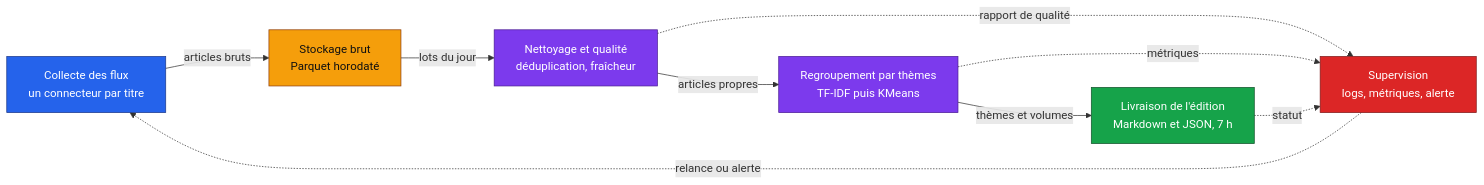
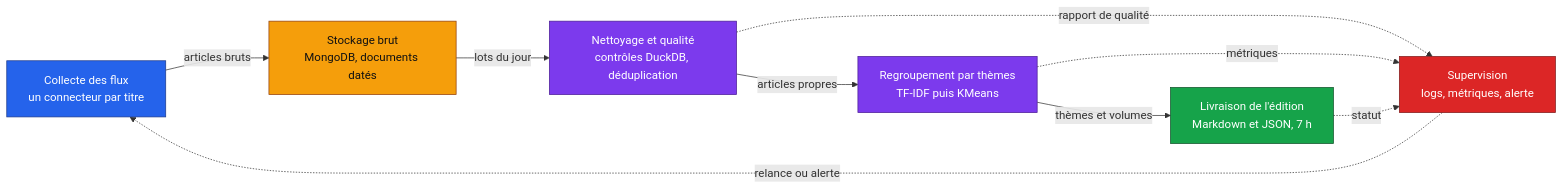
Before and after one commit to Adam-Blf/Projet-M2OPS: the diagram in README.md, drawn with Mermaid. The commit also changed other lines of this file and 2 other files, not shown here.

Commit message:
feat(stack): store raw articles in MongoDB, query with DuckDB, run on Podman and Kubernetes

````diff
--- a/README.md
+++ b/README.md
@@ -33,30 +33,30 @@
 ```mermaid
 flowchart LR
   S1["Collecte des flux<br/>un connecteur par titre"]
-  S2["Stockage brut<br/>Parquet horodaté"]
-  S3["Nettoyage et qualité<br/>déduplication, fraîcheur"]
+  S2["Stockage brut<br/>MongoDB, documents datés"]
+  S3["Nettoyage et qualité<br/>contrôles DuckDB, déduplication"]
   S4["Regroupement par thèmes<br/>TF-IDF puis KMeans"]
   S5["Livraison de l'édition<br/>Markdown et JSON, 7 h"]
   S6["Supervision<br/>logs, métriques, alerte"]
 
   S1 -->|articles bruts| S2
   S2 -->|lots du jour| S3
   S3 -->|articles propres| S4
   S4 -->|thèmes et volumes| S5
   S3 -.->|rapport de qualité| S6
   S4 -.->|métriques| S6
   S5 -.->|statut| S6
   S6 -.->|relance ou alerte| S1
 
   classDef input fill:#2563eb,stroke:#1e3a8a,color:#fff
   classDef process fill:#7c3aed,stroke:#4c1d95,color:#fff
   classDef store fill:#f59e0b,stroke:#92400e,color:#111
   classDef ok fill:#16a34a,stroke:#14532d,color:#fff
   classDef error fill:#dc2626,stroke:#7f1d1d,color:#fff
 
   class S1 input
   class S2 store
   class S3,S4 process
   class S5 ok
   class S6 error
 ```
````
